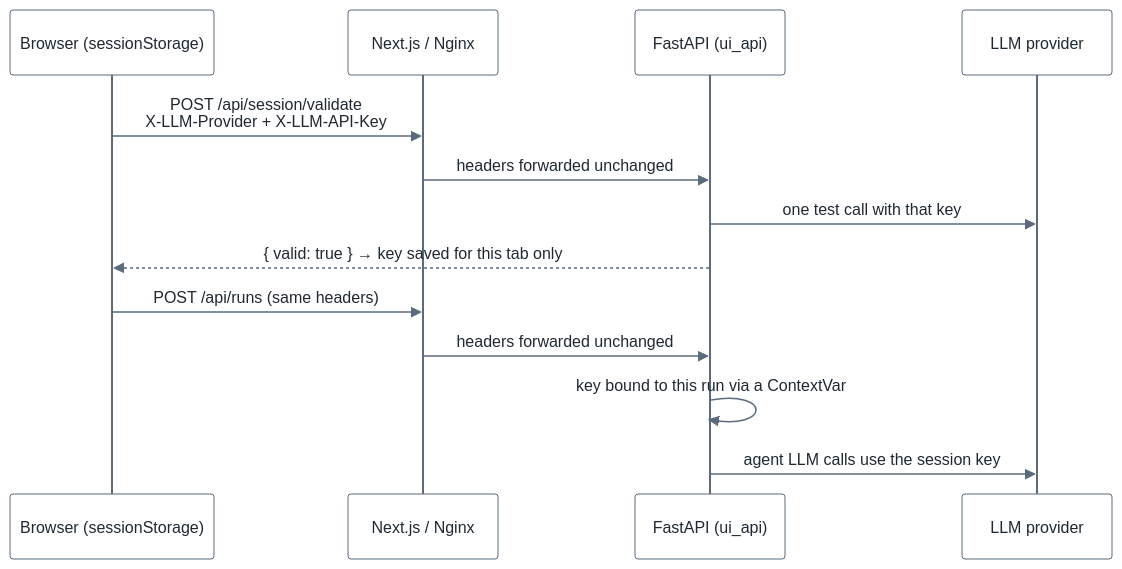
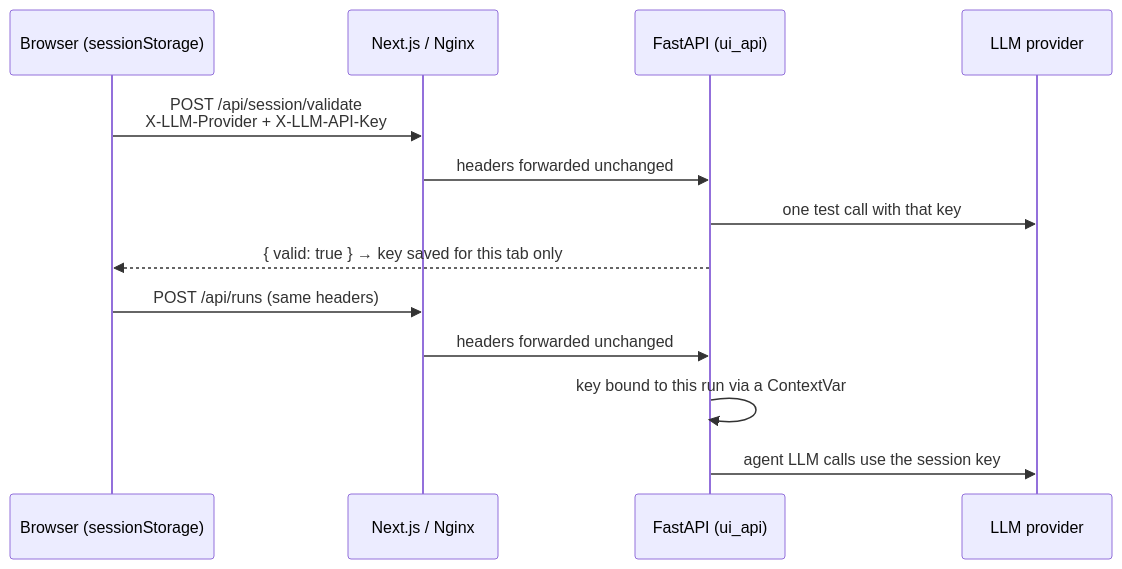
Before and after one commit to himanshu1573/Drug-disovery-multiple-agent: the first of 2 diagrams in README.md, drawn with Mermaid. The commit also changed other lines of this file, not shown here.

Commit message:
docs: keep diagram colours, force only a white background
The previous commit whitened the nodes themselves, which washed the
diagrams out. Use the default Mermaid palette (coloured nodes) and pin
only the canvas background to white, so the diagrams stay light and
readable in GitHub's dark theme.

Verified by rendering both diagrams with mermaid-cli 10.9.8.

````diff
--- a/README.md
+++ b/README.md
@@ -66,16 +66,16 @@
 ```mermaid
-%%{init: {"theme":"base","themeVariables":{"background":"#ffffff","primaryColor":"#ffffff","primaryTextColor":"#1f2933","primaryBorderColor":"#5b6b7c","lineColor":"#5b6b7c","secondaryColor":"#f4f6f8","tertiaryColor":"#ffffff","noteBkgColor":"#f4f6f8","noteTextColor":"#1f2933","actorBkg":"#ffffff","actorBorder":"#5b6b7c","actorTextColor":"#1f2933","signalColor":"#5b6b7c","signalTextColor":"#1f2933","labelBoxBkgColor":"#ffffff","labelTextColor":"#1f2933","sequenceNumberColor":"#ffffff"}}}%%
+%%{init: {"theme":"default","themeVariables":{"background":"#ffffff"}}}%%
 sequenceDiagram
     participant B as Browser (sessionStorage)
     participant W as Next.js / Nginx
     participant A as FastAPI (ui_api)
     participant L as LLM provider
     B->>W: POST /api/session/validate<br/>X-LLM-Provider + X-LLM-API-Key
     W->>A: headers forwarded unchanged
     A->>L: one test call with that key
     A-->>B: { valid: true }  → key saved for this tab only
     B->>W: POST /api/runs (same headers)
     W->>A: headers forwarded unchanged
     A->>A: key bound to this run via a ContextVar
     A->>L: agent LLM calls use the session key
 ```
````
